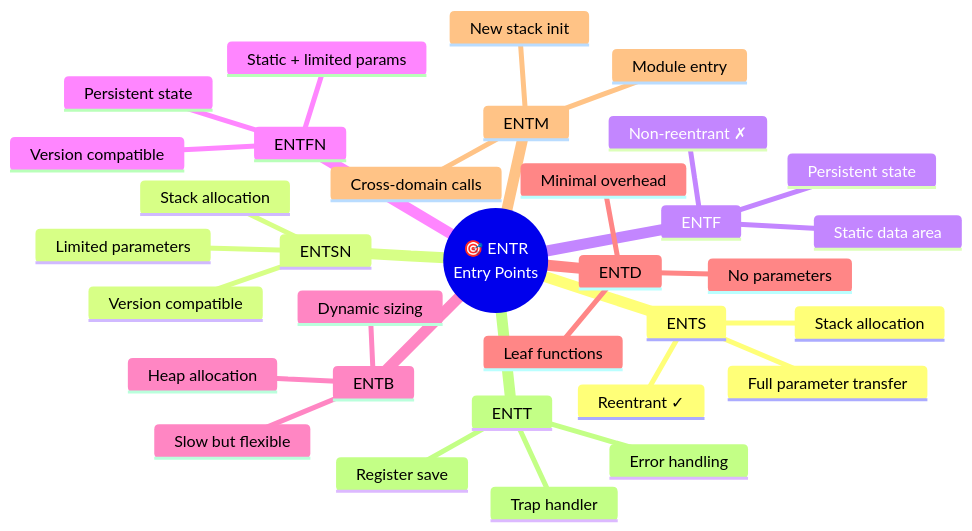
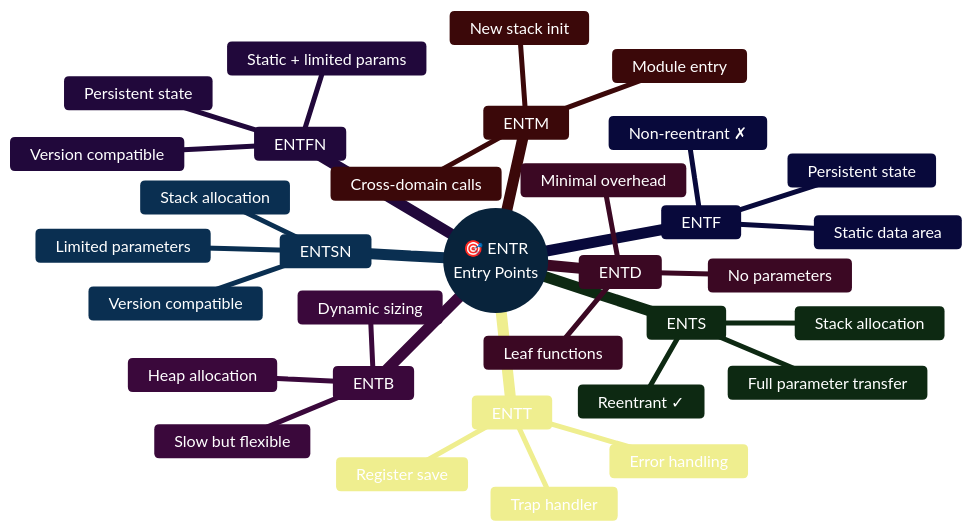
One commit to RetroCoreLabs/nd500x changed the ninth of 25 diagrams in docs/CALL_and_ENTRY_Points_Explained.md. Above: the diagram before and after it, drawn with Mermaid. The commit also changed other lines of this file, not shown here.

First line of the commit message:
docs: Apply WCAG 2.1 AA colors to mindmaps via theme variables

````diff
--- a/docs/CALL_and_ENTRY_Points_Explained.md
+++ b/docs/CALL_and_ENTRY_Points_Explained.md
@@ -316,36 +317,37 @@
 ```mermaid
+%%{init: {'theme':'base', 'themeVariables': { 'primaryColor':'#1864ab', 'primaryTextColor':'#fff', 'primaryBorderColor':'#1864ab', 'lineColor':'#495057', 'secondaryColor':'#2b8a3e', 'tertiaryColor':'#1971c2', 'tertiaryTextColor':'#fff'}}}%%
 mindmap
   root((🎯 ENTR<br/>Entry Points))
     ENTS
       Stack allocation
       Full parameter transfer
       Reentrant ✓
     ENTSN
       Stack allocation
       Limited parameters
       Version compatible
     ENTF
       Static data area
       Persistent state
       Non-reentrant ✗
     ENTFN
       Static + limited params
       Persistent state
       Version compatible
     ENTB
       Heap allocation
       Dynamic sizing
       Slow but flexible
     ENTD
       No parameters
       Minimal overhead
       Leaf functions
     ENTM
       Cross-domain calls
       New stack init
       Module entry
     ENTT
       Trap handler
       Register save
       Error handling
 ```
````
